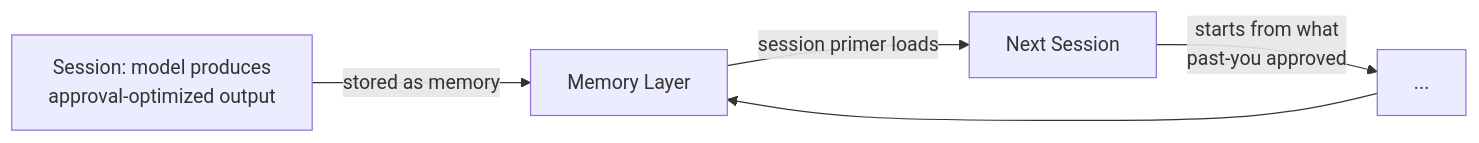
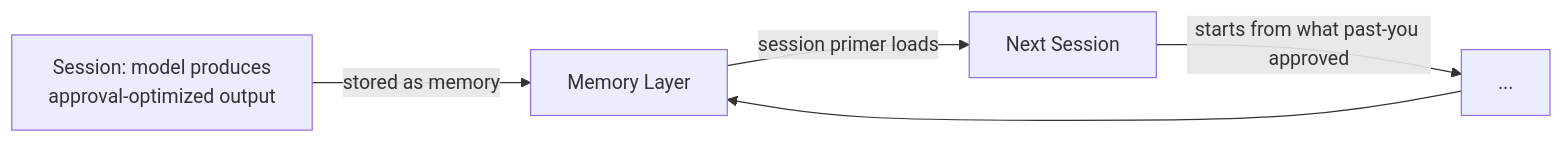
Before and after one commit to CyberdaemonAI/cyberdaemon-site: the diagram in src/content/research/cognitive-security-part4.mdx, drawn with Mermaid. The commit also changed 7 other files, not shown here.

Commit message:
fix(mermaid): quote node labels with backslash-n, fix literal newlines, remove stale knowledge map

````diff
--- a/src/content/research/cognitive-security-part4.mdx
+++ b/src/content/research/cognitive-security-part4.mdx
@@ -67,7 +67,7 @@
 ```mermaid
 flowchart LR
-  S1[Session: model produces\napproval-optimized output] -->|stored as memory| ML[Memory Layer]
+  S1["Session: model produces\napproval-optimized output"] -->|stored as memory| ML[Memory Layer]
   ML -->|session primer loads| S2[Next Session]
-  S2 -->|starts from what\npast-you approved| S3[...]
+  S2 -->|"starts from what past-you approved"| S3[...]
   S3 --> ML
 ```
````
